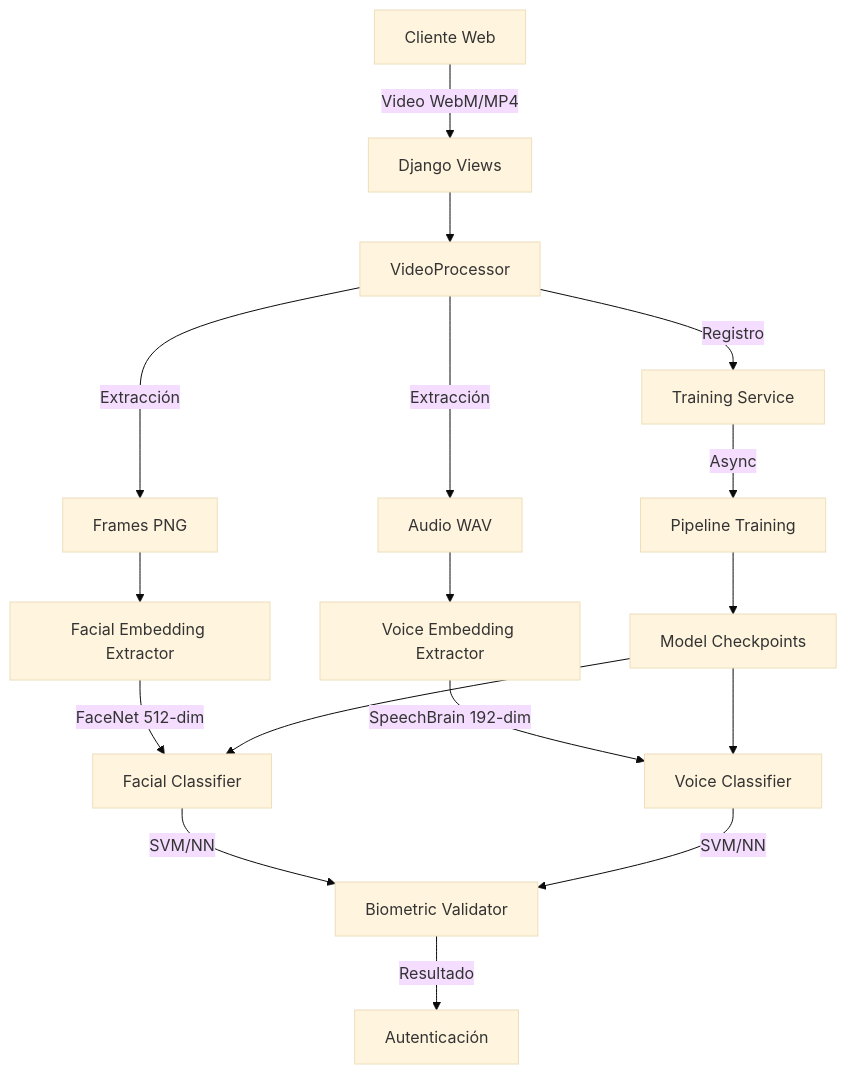
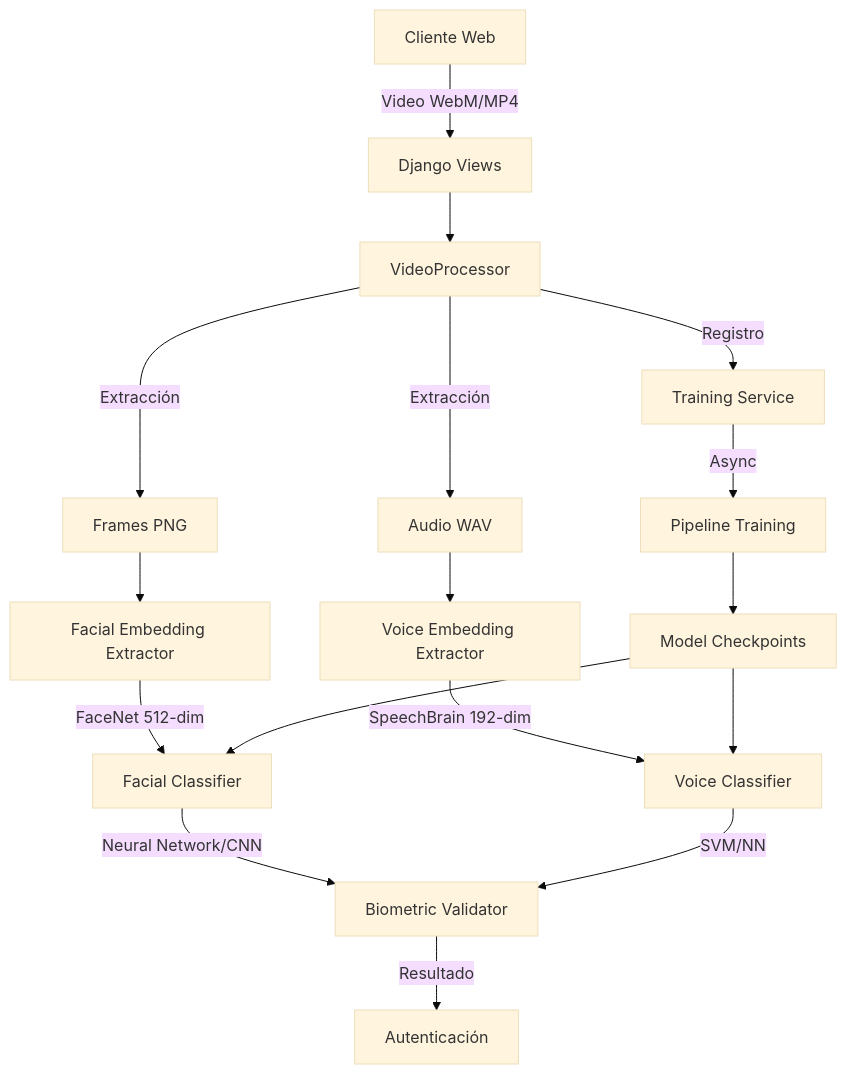
Before and after one commit to Leninner/ai-project: the first of 6 diagrams in README.md, drawn with Mermaid (base theme). The commit also changed other lines of this file and 11 other files, not shown here.

````diff
--- a/README.md
+++ b/README.md
@@ -26,20 +26,20 @@
 ```mermaid
 graph TB
     A[Cliente Web] -->|Video WebM/MP4| B[Django Views]
     B --> C[VideoProcessor]
     C -->|Extracción| D[Frames PNG]
     C -->|Extracción| E[Audio WAV]
     D --> F[Facial Embedding Extractor]
     E --> G[Voice Embedding Extractor]
     F -->|FaceNet 512-dim| H[Facial Classifier]
     G -->|SpeechBrain 192-dim| I[Voice Classifier]
-    H -->|SVM/NN| J[Biometric Validator]
+    H -->|Neural Network/CNN| J[Biometric Validator]
     I -->|SVM/NN| J
     J -->|Resultado| K[Autenticación]
     
     C -->|Registro| L[Training Service]
     L -->|Async| M[Pipeline Training]
     M --> N[Model Checkpoints]
     N --> H
     N --> I
 ```
````
